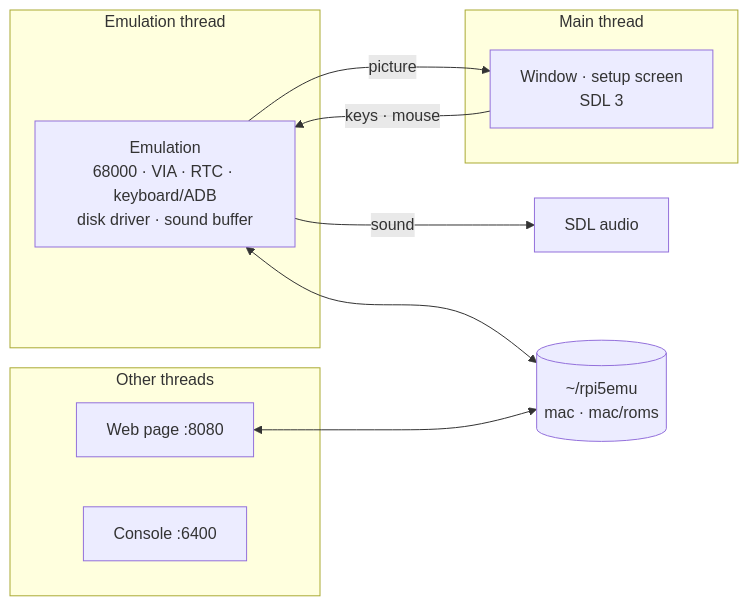
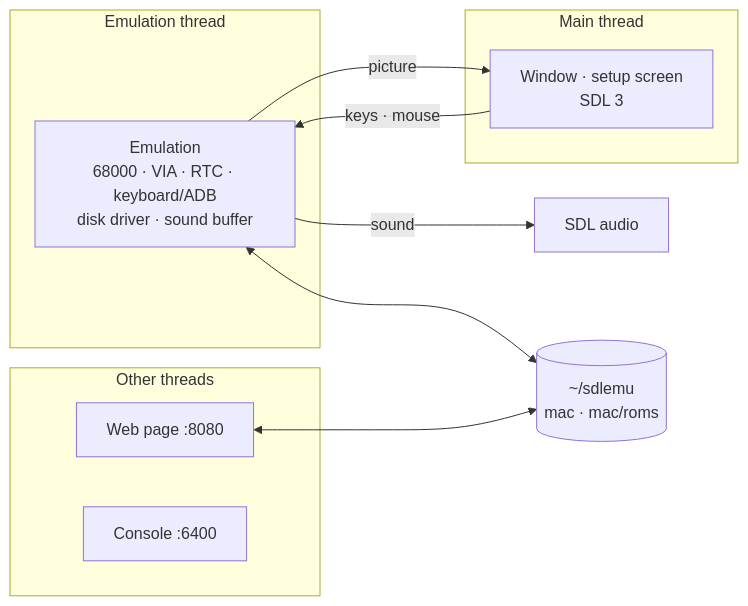
The diagram in README.md (rlucencic/sdlmac), drawn with Mermaid before and after one commit. The commit also changed other lines of this file and 3 other files, not shown here.

````diff
--- a/README.md
+++ b/README.md
@@ -154,19 +151,19 @@
 ```mermaid
 flowchart LR
   subgraph emu [Emulation thread]
     EMU["Emulation<br>68000 · VIA · RTC · keyboard/ADB<br>disk driver · sound buffer"]
   end
   subgraph main [Main thread]
     WIN["Window · setup screen<br>SDL 3"]
   end
   subgraph others [Other threads]
     WEB[Web page :8080]
     CON[Console :6400]
   end
   EMU -- picture --> WIN
   EMU -- sound --> SND[SDL audio]
   WIN -- keys · mouse --> EMU
-  DATA[("~/rpi5emu<br>mac · mac/roms")]
+  DATA[("~/sdlemu<br>mac · mac/roms")]
   EMU <--> DATA
   WEB <--> DATA
 ```
````
